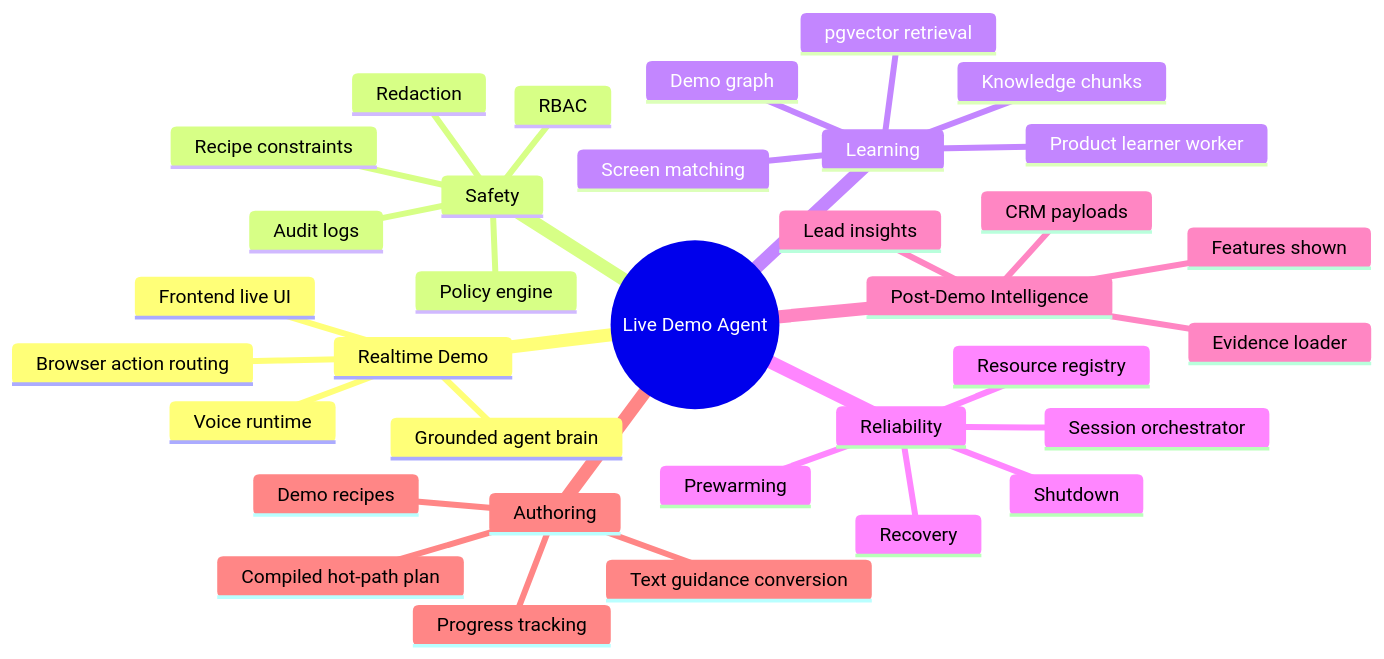
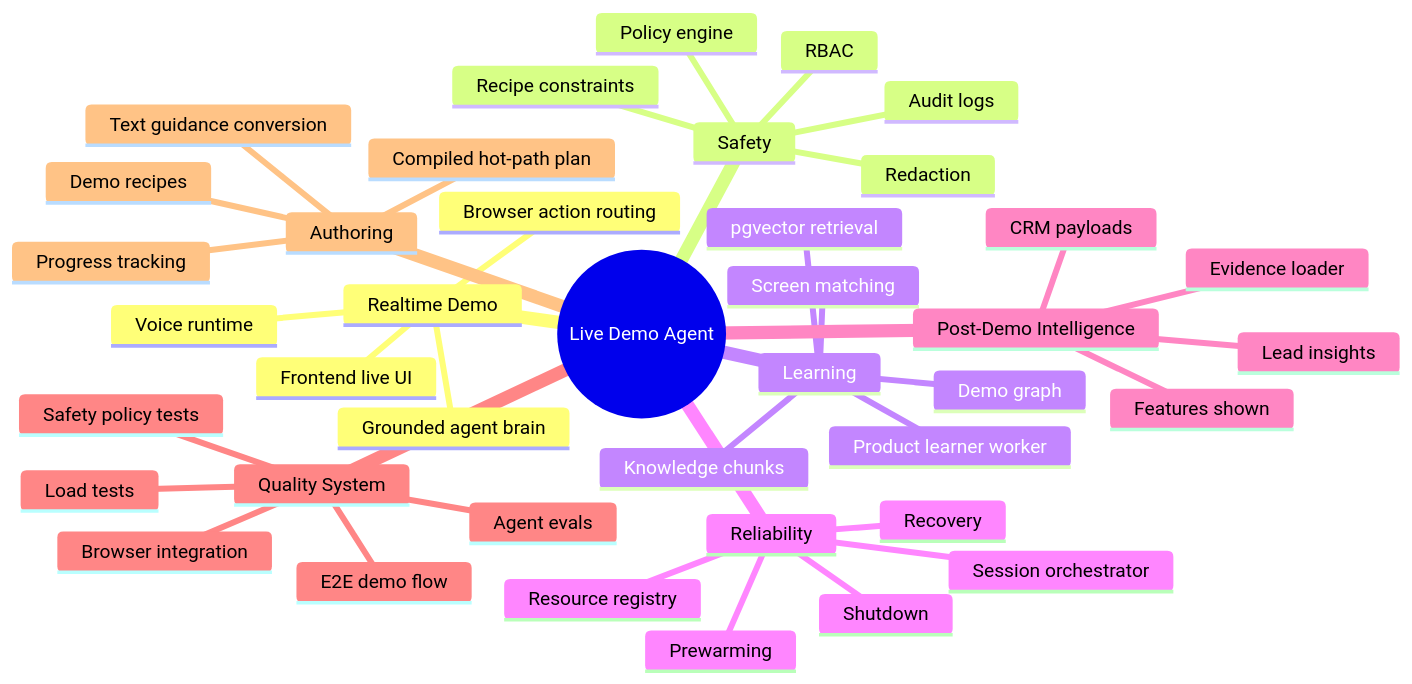
Before and after one commit to roshaninfordham/personalised-demo-ai-agent: the first of 4 diagrams in docs/README.md, drawn with Mermaid. The commit also changed other lines of this file and 5 other files, not shown here.

````diff
--- a/docs/README.md
+++ b/docs/README.md
@@ -24,37 +26,43 @@
 ```mermaid
 mindmap
   root((Live Demo Agent))
     Realtime Demo
       Voice runtime
       Grounded agent brain
       Browser action routing
       Frontend live UI
     Safety
       Policy engine
       RBAC
       Audit logs
       Redaction
       Recipe constraints
     Learning
       Product learner worker
       Demo graph
       Screen matching
       Knowledge chunks
       pgvector retrieval
     Reliability
       Session orchestrator
       Prewarming
       Recovery
       Shutdown
       Resource registry
     Post-Demo Intelligence
       Evidence loader
       Lead insights
       Features shown
       CRM payloads
+    Quality System
+      Safety policy tests
+      Browser integration
+      E2E demo flow
+      Agent evals
+      Load tests
     Authoring
       Demo recipes
       Text guidance conversion
       Compiled hot-path plan
       Progress tracking
 ```
````
